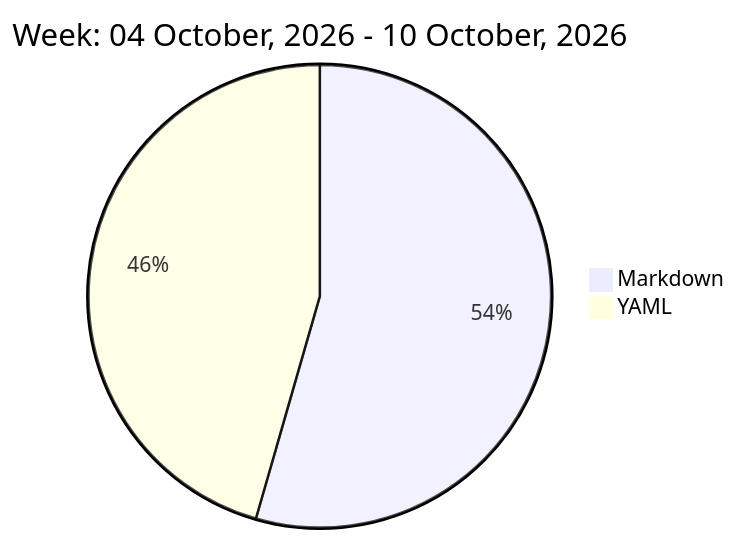
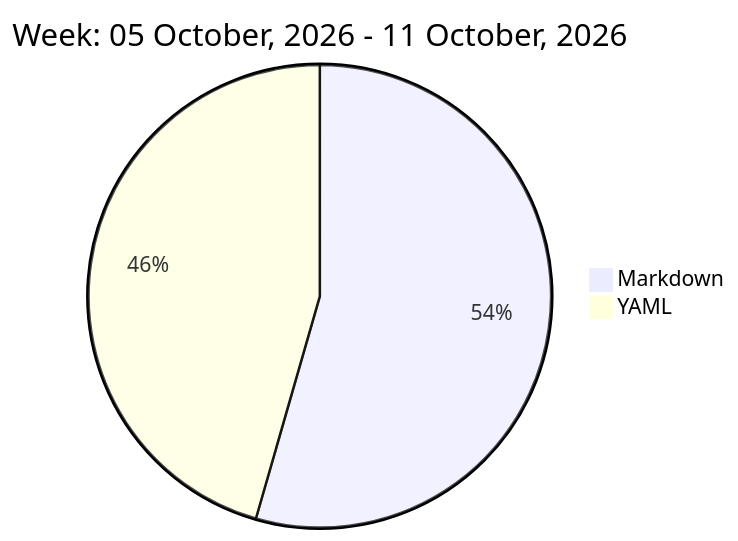
One commit to liubin95/liubin95 changed the diagram in README.md. Above: the diagram before and after it, drawn with Mermaid.

Commit message:
Updated the Graph with new Metrics

````diff
--- a/README.md
+++ b/README.md
@@ -32,6 +32,6 @@
 ```mermaid
  pie
-title Week: 04 October, 2026 - 10 October, 2026
+title Week: 05 October, 2026 - 11 October, 2026
  "Markdown" : 1.65
  "YAML" : 1.38
 ```
````
